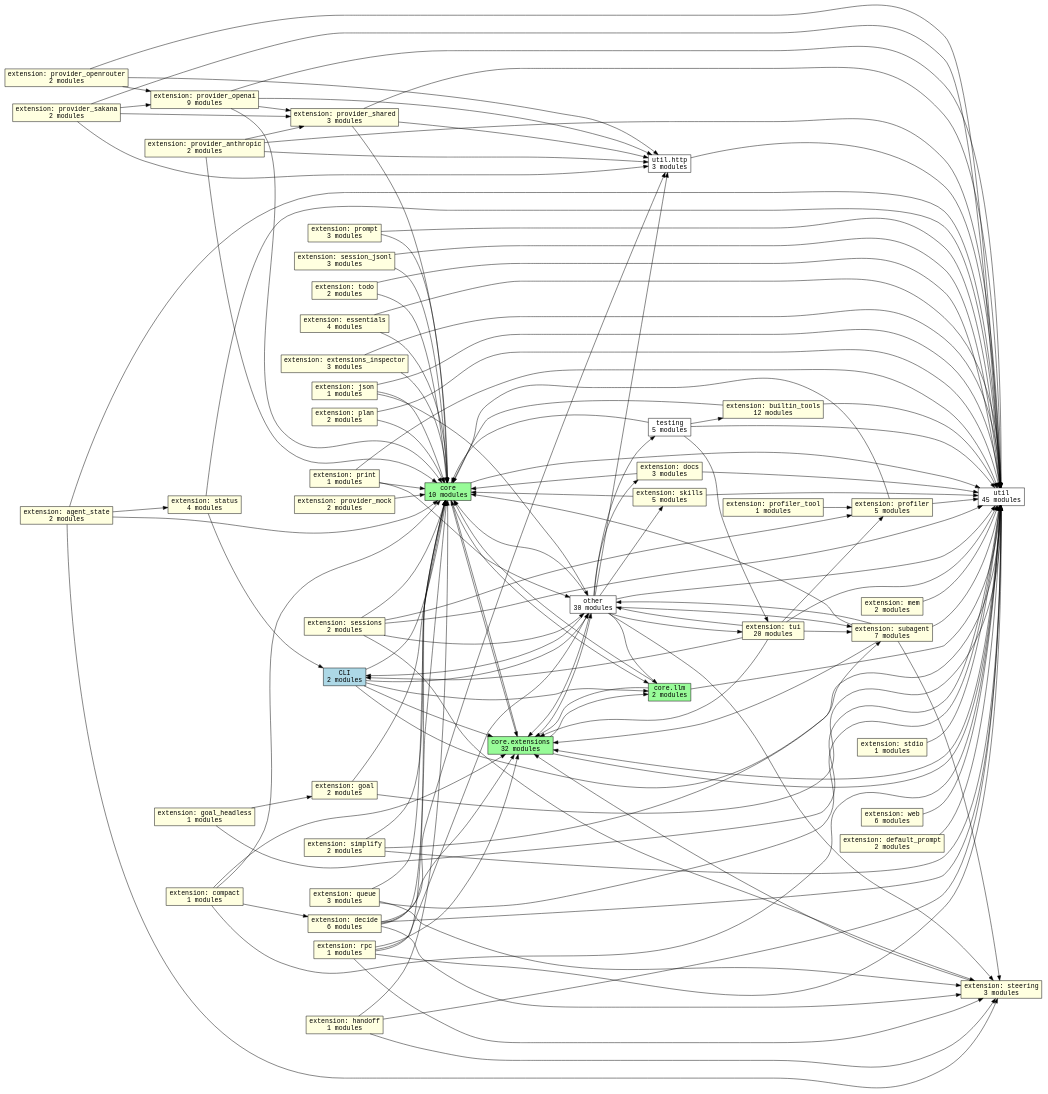
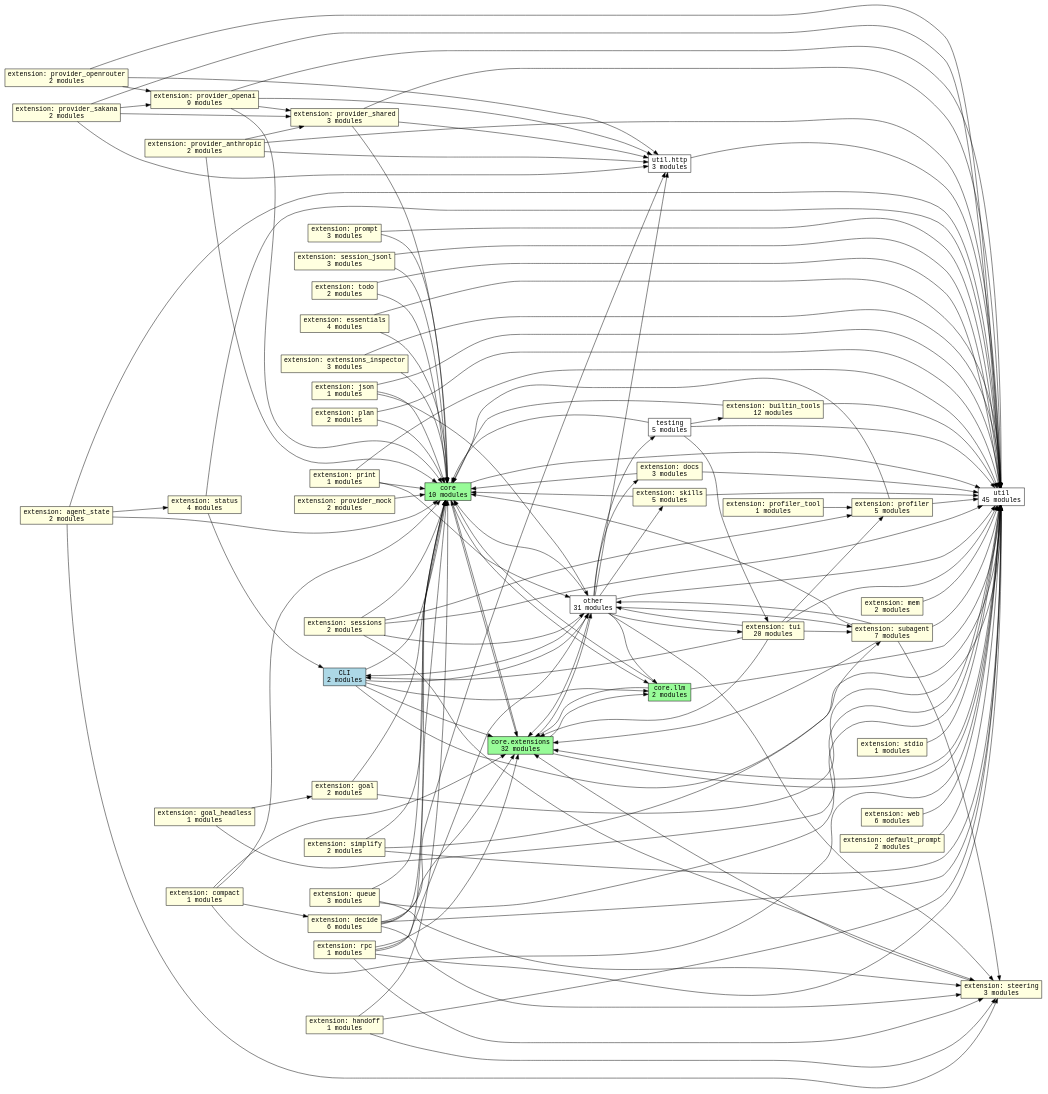
One commit to acmiyaguchi/fen changed the diagram in docs/graphs/subsystems.dot. Above: the diagram before and after it, drawn with Graphviz. The commit also changed 8 other files, not shown here.

```diff
--- a/docs/graphs/subsystems.dot
+++ b/docs/graphs/subsystems.dot
@@ -1,183 +1,183 @@
 digraph fen_subsystems {
   graph [rankdir=LR];
   node [shape=box, fontname="monospace"];
   edge [fontname="monospace"];
   "cli" [fillcolor="lightblue", label="CLI\n2 modules", style="filled"];
   "core" [fillcolor="palegreen", label="core\n10 modules", style="filled"];
   "core.extensions" [fillcolor="palegreen", label="core.extensions\n32 modules", style="filled"];
   "core.llm" [fillcolor="palegreen", label="core.llm\n2 modules", style="filled"];
   "extension.agent_state" [fillcolor="lightyellow", label="extension: agent_state\n2 modules", style="filled"];
   "extension.builtin_tools" [fillcolor="lightyellow", label="extension: builtin_tools\n12 modules", style="filled"];
   "extension.compact" [fillcolor="lightyellow", label="extension: compact\n1 modules", style="filled"];
   "extension.decide" [fillcolor="lightyellow", label="extension: decide\n6 modules", style="filled"];
   "extension.default_prompt" [fillcolor="lightyellow", label="extension: default_prompt\n2 modules", style="filled"];
   "extension.docs" [fillcolor="lightyellow", label="extension: docs\n3 modules", style="filled"];
   "extension.essentials" [fillcolor="lightyellow", label="extension: essentials\n4 modules", style="filled"];
   "extension.extensions_inspector" [fillcolor="lightyellow", label="extension: extensions_inspector\n3 modules", style="filled"];
   "extension.goal" [fillcolor="lightyellow", label="extension: goal\n2 modules", style="filled"];
   "extension.goal_headless" [fillcolor="lightyellow", label="extension: goal_headless\n1 modules", style="filled"];
   "extension.handoff" [fillcolor="lightyellow", label="extension: handoff\n1 modules", style="filled"];
   "extension.json" [fillcolor="lightyellow", label="extension: json\n1 modules", style="filled"];
   "extension.mem" [fillcolor="lightyellow", label="extension: mem\n2 modules", style="filled"];
   "extension.plan" [fillcolor="lightyellow", label="extension: plan\n2 modules", style="filled"];
   "extension.print" [fillcolor="lightyellow", label="extension: print\n1 modules", style="filled"];
   "extension.profiler" [fillcolor="lightyellow", label="extension: profiler\n5 modules", style="filled"];
   "extension.profiler_tool" [fillcolor="lightyellow", label="extension: profiler_tool\n1 modules", style="filled"];
   "extension.prompt" [fillcolor="lightyellow", label="extension: prompt\n3 modules", style="filled"];
   "extension.provider_anthropic" [fillcolor="lightyellow", label="extension: provider_anthropic\n2 modules", style="filled"];
   "extension.provider_mock" [fillcolor="lightyellow", label="extension: provider_mock\n2 modules", style="filled"];
   "extension.provider_openai" [fillcolor="lightyellow", label="extension: provider_openai\n9 modules", style="filled"];
   "extension.provider_openrouter" [fillcolor="lightyellow", label="extension: provider_openrouter\n2 modules", style="filled"];
   "extension.provider_sakana" [fillcolor="lightyellow", label="extension: provider_sakana\n2 modules", style="filled"];
   "extension.provider_shared" [fillcolor="lightyellow", label="extension: provider_shared\n3 modules", style="filled"];
   "extension.queue" [fillcolor="lightyellow", label="extension: queue\n3 modules", style="filled"];
   "extension.rpc" [fillcolor="lightyellow", label="extension: rpc\n1 modules", style="filled"];
   "extension.session_jsonl" [fillcolor="lightyellow", label="extension: session_jsonl\n3 modules", style="filled"];
   "extension.sessions" [fillcolor="lightyellow", label="extension: sessions\n2 modules", style="filled"];
   "extension.simplify" [fillcolor="lightyellow", label="extension: simplify\n2 modules", style="filled"];
   "extension.skills" [fillcolor="lightyellow", label="extension: skills\n5 modules", style="filled"];
   "extension.status" [fillcolor="lightyellow", label="extension: status\n4 modules", style="filled"];
   "extension.stdio" [fillcolor="lightyellow", label="extension: stdio\n1 modules", style="filled"];
   "extension.steering" [fillcolor="lightyellow", label="extension: steering\n3 modules", style="filled"];
   "extension.subagent" [fillcolor="lightyellow", label="extension: subagent\n7 modules", style="filled"];
   "extension.todo" [fillcolor="lightyellow", label="extension: todo\n2 modules", style="filled"];
   "extension.tui" [fillcolor="lightyellow", label="extension: tui\n20 modules", style="filled"];
   "extension.web" [fillcolor="lightyellow", label="extension: web\n6 modules", style="filled"];
-  "other" [fillcolor="white", label="other\n30 modules", style="filled"];
+  "other" [fillcolor="white", label="other\n31 modules", style="filled"];
   "testing" [fillcolor="white", label="testing\n5 modules", style="filled"];
   "util" [fillcolor="white", label="util\n45 modules", style="filled"];
   "util.http" [fillcolor="white", label="util.http\n3 modules", style="filled"];
   "cli" -> "core";
   "cli" -> "core.extensions";
   "cli" -> "core.llm";
   "cli" -> "other";
   "cli" -> "util";
   "core" -> "core.extensions";
   "core" -> "core.llm";
   "core" -> "util";
   "core.extensions" -> "core";
   "core.extensions" -> "core.llm";
   "core.extensions" -> "other";
   "core.extensions" -> "util";
   "core.llm" -> "core";
   "core.llm" -> "core.extensions";
   "core.llm" -> "util";
   "extension.agent_state" -> "core";
   "extension.agent_state" -> "extension.status";
   "extension.agent_state" -> "extension.steering";
   "extension.agent_state" -> "util";
   "extension.builtin_tools" -> "core";
   "extension.builtin_tools" -> "util";
   "extension.compact" -> "core";
   "extension.compact" -> "core.extensions";
   "extension.compact" -> "extension.decide";
   "extension.compact" -> "util";
   "extension.decide" -> "core";
   "extension.decide" -> "core.extensions";
   "extension.decide" -> "extension.steering";
   "extension.decide" -> "util";
   "extension.decide" -> "util.http";
   "extension.default_prompt" -> "util";
   "extension.docs" -> "core";
   "extension.docs" -> "util";
   "extension.essentials" -> "core";
   "extension.essentials" -> "util";
   "extension.extensions_inspector" -> "core";
   "extension.extensions_inspector" -> "util";
   "extension.goal" -> "core";
   "extension.goal" -> "util";
   "extension.goal_headless" -> "extension.goal";
   "extension.goal_headless" -> "util";
   "extension.handoff" -> "core";
   "extension.handoff" -> "extension.steering";
   "extension.handoff" -> "util";
   "extension.json" -> "core";
   "extension.json" -> "other";
   "extension.json" -> "util";
   "extension.mem" -> "util";
   "extension.plan" -> "core";
   "extension.plan" -> "util";
   "extension.print" -> "core";
   "extension.print" -> "other";
   "extension.print" -> "util";
   "extension.profiler" -> "core";
   "extension.profiler" -> "util";
   "extension.profiler_tool" -> "extension.profiler";
   "extension.prompt" -> "core";
   "extension.prompt" -> "util";
   "extension.provider_anthropic" -> "core";
   "extension.provider_anthropic" -> "extension.provider_shared";
   "extension.provider_anthropic" -> "util";
   "extension.provider_anthropic" -> "util.http";
   "extension.provider_mock" -> "core";
   "extension.provider_openai" -> "core";
   "extension.provider_openai" -> "extension.provider_shared";
   "extension.provider_openai" -> "util";
   "extension.provider_openai" -> "util.http";
   "extension.provider_openrouter" -> "extension.provider_openai";
   "extension.provider_openrouter" -> "util";
   "extension.provider_openrouter" -> "util.http";
   "extension.provider_sakana" -> "extension.provider_openai";
   "extension.provider_sakana" -> "extension.provider_shared";
   "extension.provider_sakana" -> "util";
   "extension.provider_sakana" -> "util.http";
   "extension.provider_shared" -> "core";
   "extension.provider_shared" -> "util";
   "extension.provider_shared" -> "util.http";
   "extension.queue" -> "core";
   "extension.queue" -> "extension.steering";
   "extension.queue" -> "util";
   "extension.rpc" -> "core";
   "extension.rpc" -> "core.extensions";
   "extension.rpc" -> "extension.steering";
   "extension.rpc" -> "other";
   "extension.rpc" -> "util";
   "extension.session_jsonl" -> "core";
   "extension.session_jsonl" -> "util";
   "extension.sessions" -> "core";
   "extension.sessions" -> "extension.profiler";
   "extension.sessions" -> "extension.steering";
   "extension.sessions" -> "other";
   "extension.sessions" -> "util";
   "extension.simplify" -> "core";
   "extension.simplify" -> "extension.subagent";
   "extension.simplify" -> "util";
   "extension.skills" -> "core";
   "extension.skills" -> "util";
   "extension.status" -> "cli";
   "extension.status" -> "util";
   "extension.stdio" -> "util";
   "extension.steering" -> "core.extensions";
   "extension.subagent" -> "core";
   "extension.subagent" -> "core.extensions";
   "extension.subagent" -> "extension.steering";
   "extension.subagent" -> "other";
   "extension.subagent" -> "util";
   "extension.todo" -> "core";
   "extension.todo" -> "util";
   "extension.tui" -> "cli";
   "extension.tui" -> "core.extensions";
   "extension.tui" -> "extension.profiler";
   "extension.tui" -> "extension.subagent";
   "extension.tui" -> "other";
   "extension.tui" -> "util";
   "extension.web" -> "util";
   "other" -> "cli";
   "other" -> "core";
   "other" -> "core.extensions";
   "other" -> "core.llm";
   "other" -> "extension.docs";
   "other" -> "extension.skills";
   "other" -> "extension.steering";
   "other" -> "extension.subagent";
   "other" -> "extension.tui";
   "other" -> "testing";
   "other" -> "util";
   "other" -> "util.http";
   "testing" -> "core";
   "testing" -> "extension.builtin_tools";
   "testing" -> "extension.tui";
   "testing" -> "util";
   "util" -> "core.extensions";
   "util.http" -> "util";
 }
```
